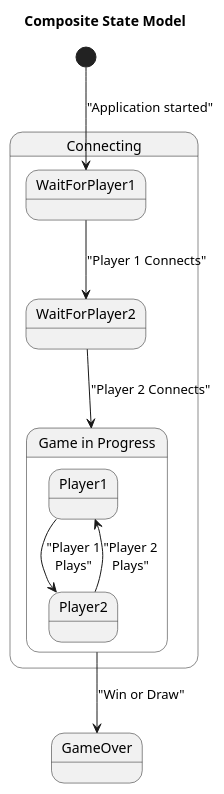
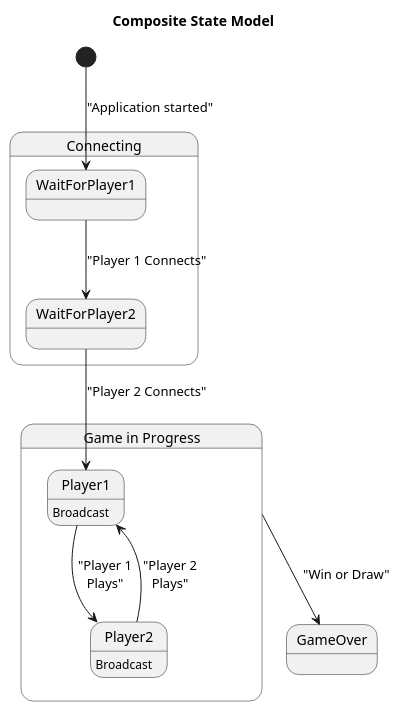
Before and after one commit to TomSpencerLondon/TicTacToe4: the diagram in diagrams/state-diagram.puml, drawn with PlantUML. The commit also changed 7 other files, not shown here.

Commit message:
Change behaviour: modify service to broadcast transition to Player1 turn

```diff
--- a/diagrams/state-diagram.puml
+++ b/diagrams/state-diagram.puml
@@ -1,19 +1,21 @@
 @startuml
 
 title Composite State Model
+state "Game in Progress" as GameInProgress {
+  state Player1 : Broadcast
+  state Player2 : Broadcast
+}
+
 state "Connecting" as Connecting {
   WaitForPlayer1 --> WaitForPlayer2 : "Player 1 Connects"
-  WaitForPlayer2 --> GameInProgress : "Player 2 Connects"
+  WaitForPlayer2 --> Player1 : "Player 2 Connects"
 }
-state "Game in Progress" as GameInProgress {
-  state Player1
-  state Player2
-  Player1 --> Player2: "Player 1\nPlays"
-  Player2 --> Player1: "Player 2\nPlays"
-}
+
+Player1 --> Player2: "Player 1\nPlays"
+Player2 --> Player1: "Player 2\nPlays"
 
 
 
 [*] -->  WaitForPlayer1 : "Application started"
 GameInProgress --> GameOver : "Win or Draw"
 @enduml
```
